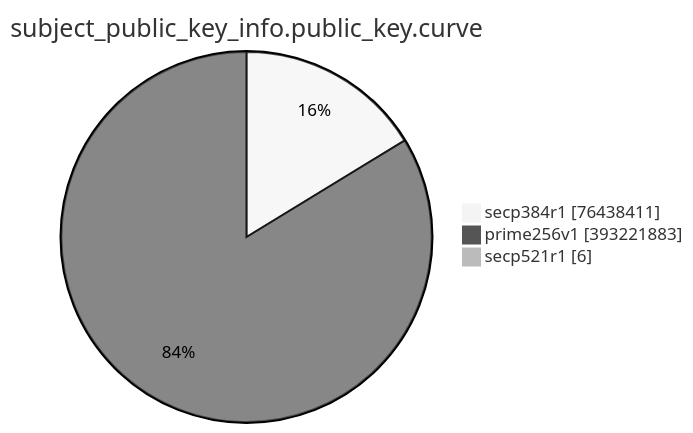
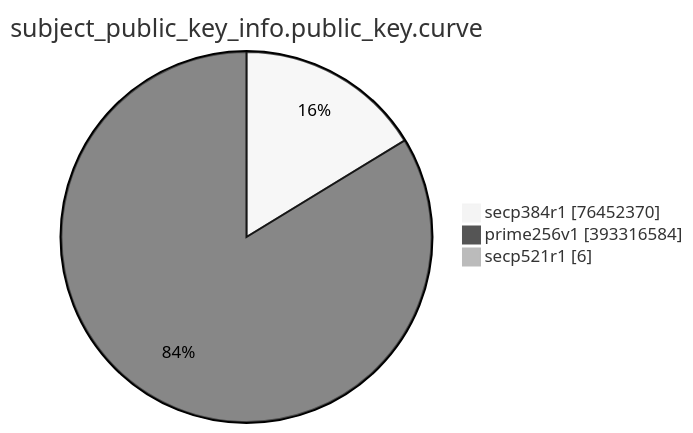
One commit to christiankrug/ctmonitor_visualization changed the eighth of 15 diagrams in TOTAL/README.md. Above: the diagram before and after it, drawn with Mermaid (neutral theme). The commit also changed other lines of this file, not shown here.

````diff
--- a/TOTAL/README.md
+++ b/TOTAL/README.md
@@ -3094,7 +3094,7 @@
 ```mermaid
 pie showData
 title subject_public_key_info.public_key.curve
-"secp384r1" :76438411
-"prime256v1" :393221883
+"secp384r1" :76452370
+"prime256v1" :393316584
 "secp521r1" :6
 ```
````
